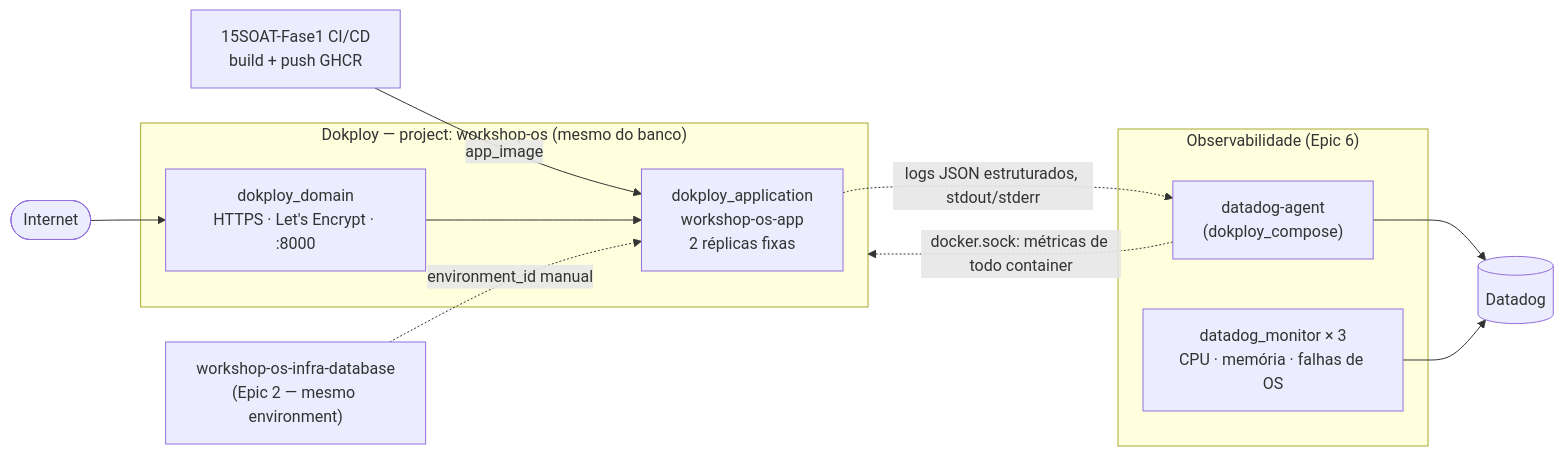
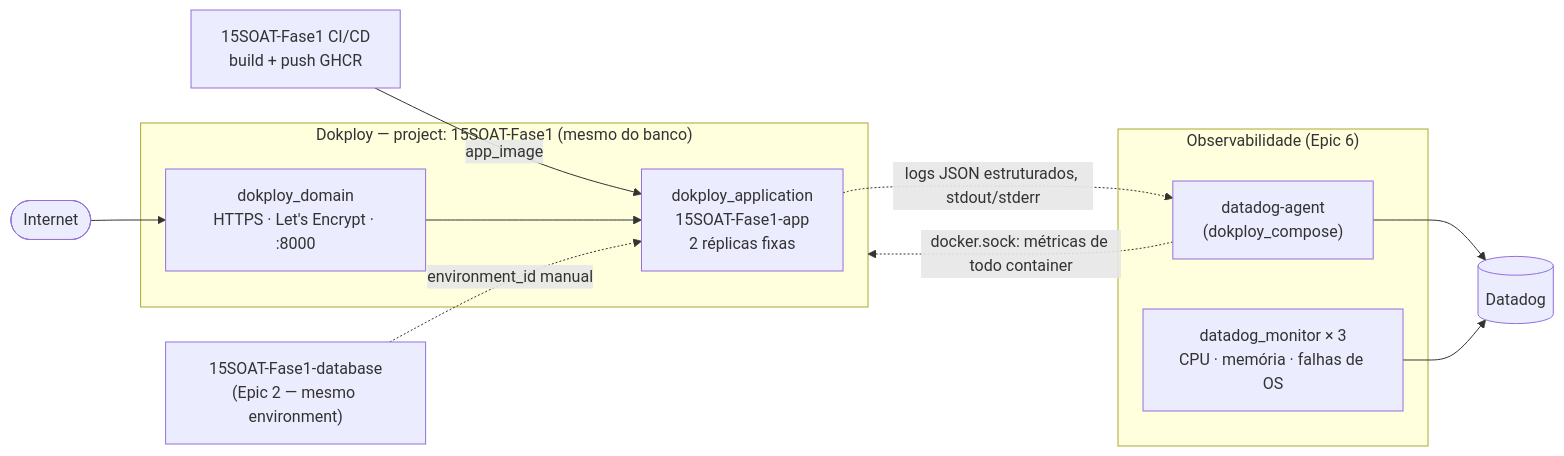
The diagram in README.md (CandidoRPNeto/15SOAT-Fase1-kubernetes), drawn with Mermaid before and after one commit. The commit also changed other lines of this file and 6 other files, not shown here.

First line of the commit message:
chore: rename repo and resources from workshop-os- to 15SOAT-Fase1- prefix

````diff
--- a/README.md
+++ b/README.md
@@ -80,22 +80,22 @@
 ```mermaid
 flowchart LR
     CI["15SOAT-Fase1 CI/CD<br/>build + push GHCR"] -->|app_image| App
 
-    subgraph Dokploy["Dokploy — project: workshop-os (mesmo do banco)"]
-        App["dokploy_application<br/>workshop-os-app<br/>2 réplicas fixas"]
+    subgraph Dokploy["Dokploy — project: 15SOAT-Fase1 (mesmo do banco)"]
+        App["dokploy_application<br/>15SOAT-Fase1-app<br/>2 réplicas fixas"]
         Domain["dokploy_domain<br/>HTTPS · Let's Encrypt · :8000"]
         Domain --> App
     end
 
-    DB["workshop-os-infra-database<br/>(Epic 2 — mesmo environment)"] -.->|environment_id manual| App
+    DB["15SOAT-Fase1-database<br/>(Epic 2 — mesmo environment)"] -.->|environment_id manual| App
     Internet(["Internet"]) --> Domain
 
     subgraph Obs["Observabilidade (Epic 6)"]
         Agent["datadog-agent<br/>(dokploy_compose)"]
         Monitors["datadog_monitor × 3<br/>CPU · memória · falhas de OS"]
     end
     Agent -.->|docker.sock: métricas de todo container| Dokploy
     App -.->|logs JSON estruturados, stdout/stderr| Agent
     Agent --> DD[("Datadog")]
     Monitors --> DD
 ```
````
